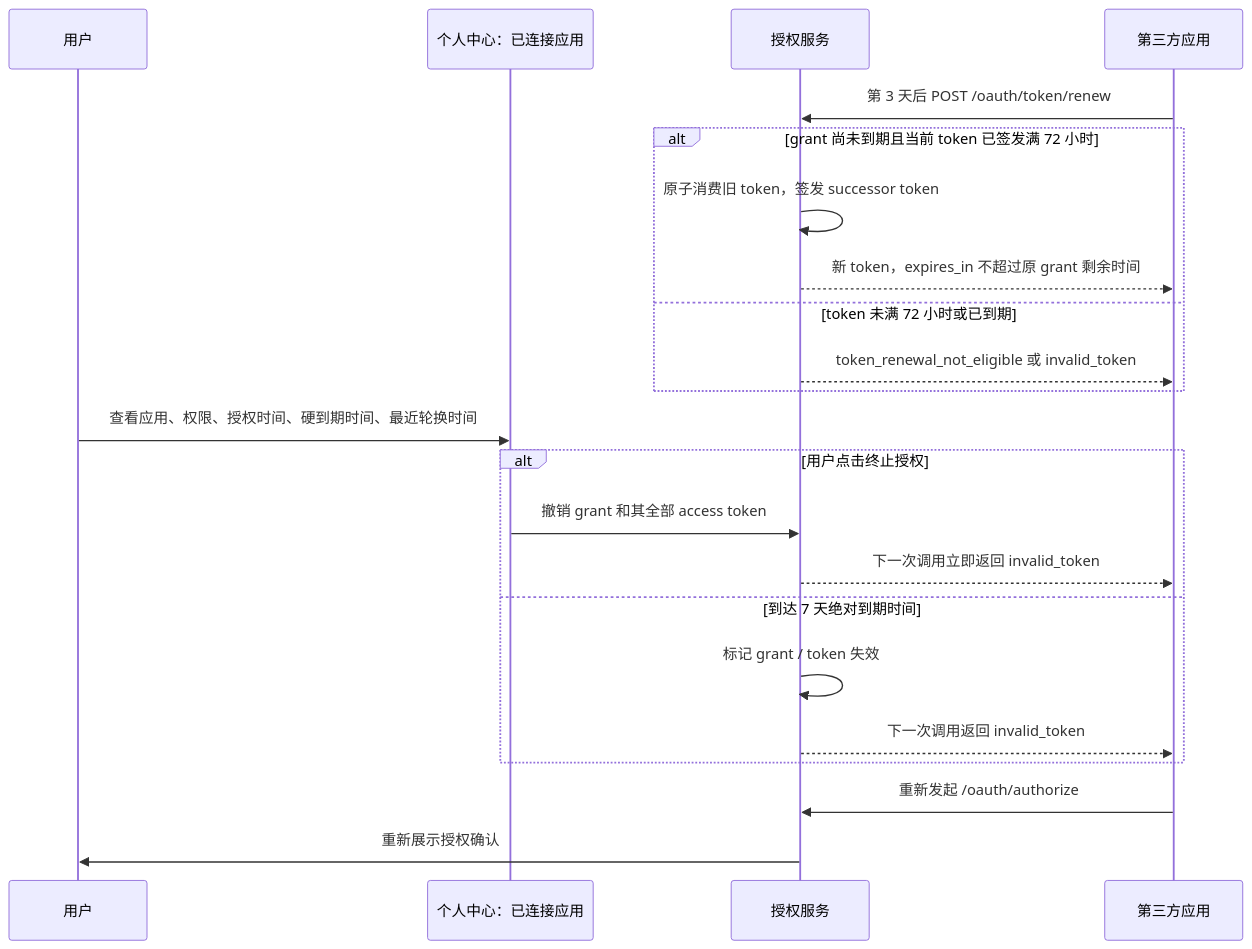
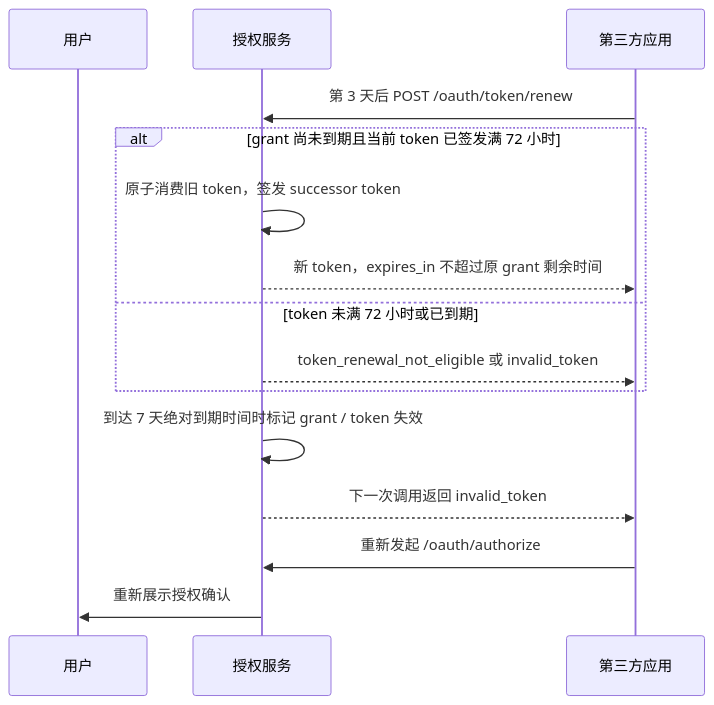
One commit to huanmin123/juhe-ai changed the third of 3 diagrams in docs/functions/第三方登录与个人委托授权设计.md. Above: the diagram before and after it, drawn with Mermaid. The commit also changed other lines of this file and 31 other files, not shown here.

````diff
--- a/docs/functions/第三方登录与个人委托授权设计.md
+++ b/docs/functions/第三方登录与个人委托授权设计.md
@@ -109,25 +109,18 @@
 ```mermaid
 sequenceDiagram
     participant U as 用户
-    participant P as 个人中心：已连接应用
     participant J as 授权服务
     participant C as 第三方应用
 
     C->>J: 第 3 天后 POST /oauth/token/renew
     alt grant 尚未到期且当前 token 已签发满 72 小时
         J->>J: 原子消费旧 token，签发 successor token
         J-->>C: 新 token，expires_in 不超过原 grant 剩余时间
     else token 未满 72 小时或已到期
         J-->>C: token_renewal_not_eligible 或 invalid_token
     end
-    U->>P: 查看应用、权限、授权时间、硬到期时间、最近轮换时间
-    alt 用户点击终止授权
-        P->>J: 撤销 grant 和其全部 access token
-        J-->>C: 下一次调用立即返回 invalid_token
-    else 到达 7 天绝对到期时间
-        J->>J: 标记 grant / token 失效
-        J-->>C: 下一次调用返回 invalid_token
-    end
+    J->>J: 到达 7 天绝对到期时间时标记 grant / token 失效
+    J-->>C: 下一次调用返回 invalid_token
     C->>J: 重新发起 /oauth/authorize
     J->>U: 重新展示授权确认
 ```
````
